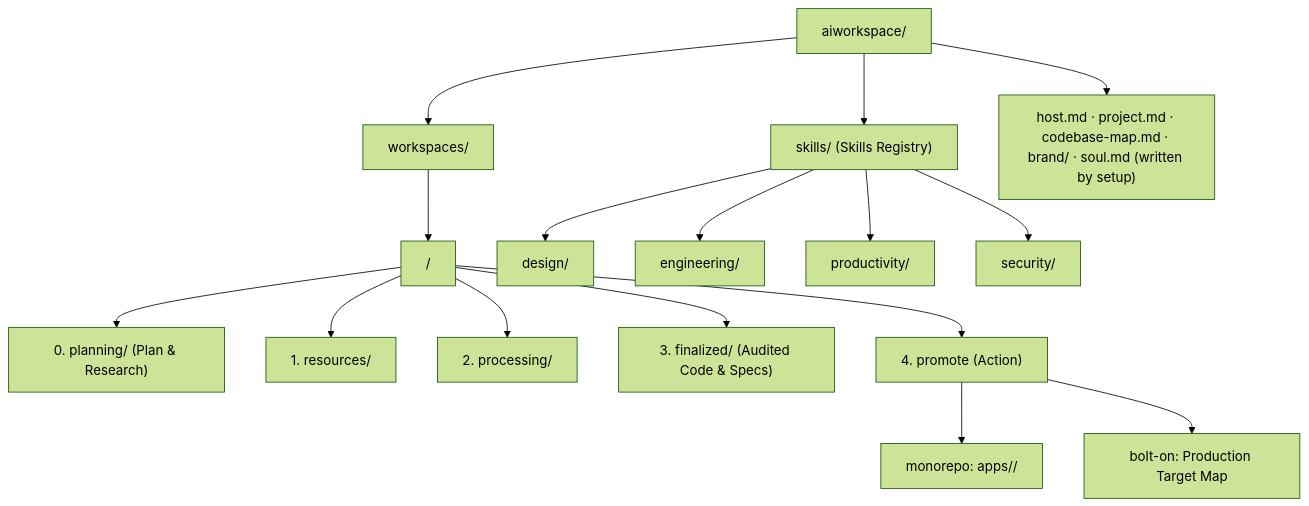
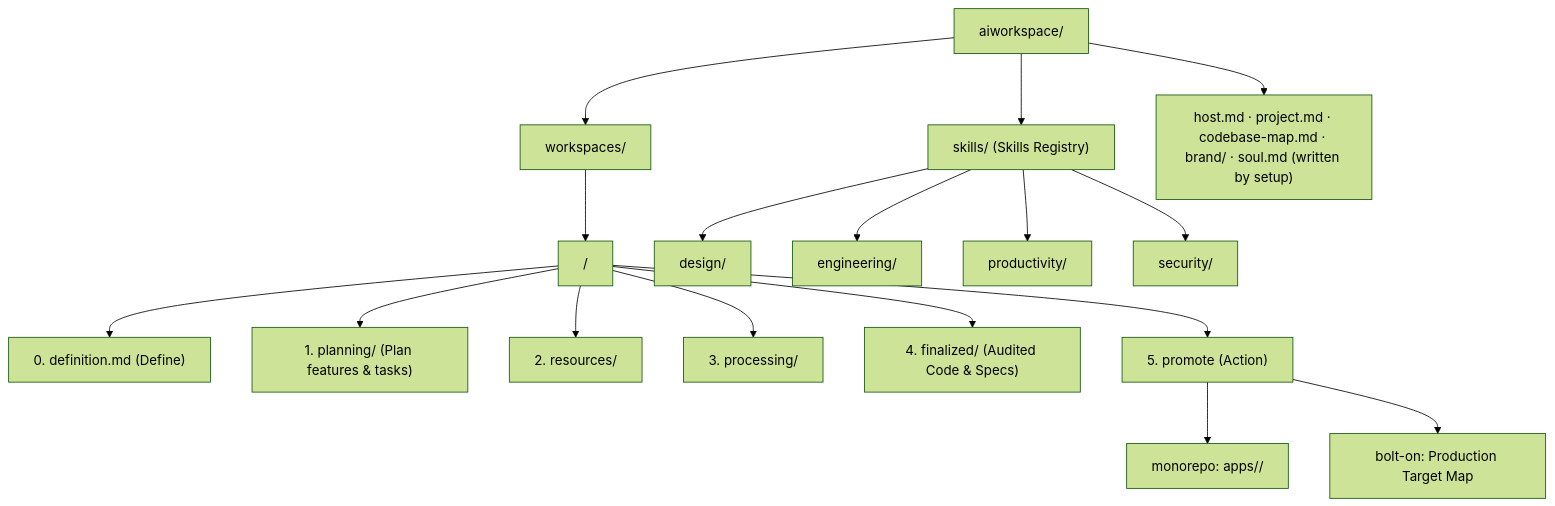
Before and after one commit to migaeldev/aiworkflows: the diagram in aiworkspace/README.md, drawn with Mermaid (forest theme). The commit also changed other lines of this file and 23 other files, not shown here.

First line of the commit message:
Add /define as Step 0; /plan now plans features and tasks

````diff
--- a/aiworkspace/README.md
+++ b/aiworkspace/README.md
@@ -45,20 +45,21 @@
 ```mermaid
 graph TD
     Root["aiworkspace/"] --> Workspaces["workspaces/"]
     Root --> Skills["skills/ (Skills Registry)"]
     Root --> Config["host.md · project.md · codebase-map.md · brand/ · soul.md (written by setup)"]
 
     Workspaces --> Domain["<domain>/"]
-    Domain --> Step0["0. planning/ (Plan & Research)"]
-    Domain --> Step1["1. resources/"]
-    Domain --> Step2["2. processing/"]
-    Domain --> Step3["3. finalized/ (Audited Code & Specs)"]
-    Domain --> Step4["4. promote (Action)"]
-    Step4 --> Mono["monorepo: apps/<workspace>/"]
-    Step4 --> Bolt["bolt-on: Production Target Map"]
+    Domain --> Step0["0. definition.md (Define)"]
+    Domain --> Step1["1. planning/ (Plan features & tasks)"]
+    Domain --> Step2["2. resources/"]
+    Domain --> Step3["3. processing/"]
+    Domain --> Step4["4. finalized/ (Audited Code & Specs)"]
+    Domain --> Step5["5. promote (Action)"]
+    Step5 --> Mono["monorepo: apps/<workspace>/"]
+    Step5 --> Bolt["bolt-on: Production Target Map"]
 
     Skills --> Design["design/"]
     Skills --> Eng["engineering/"]
     Skills --> Prod["productivity/"]
     Skills --> Sec["security/"]
 ```
````
